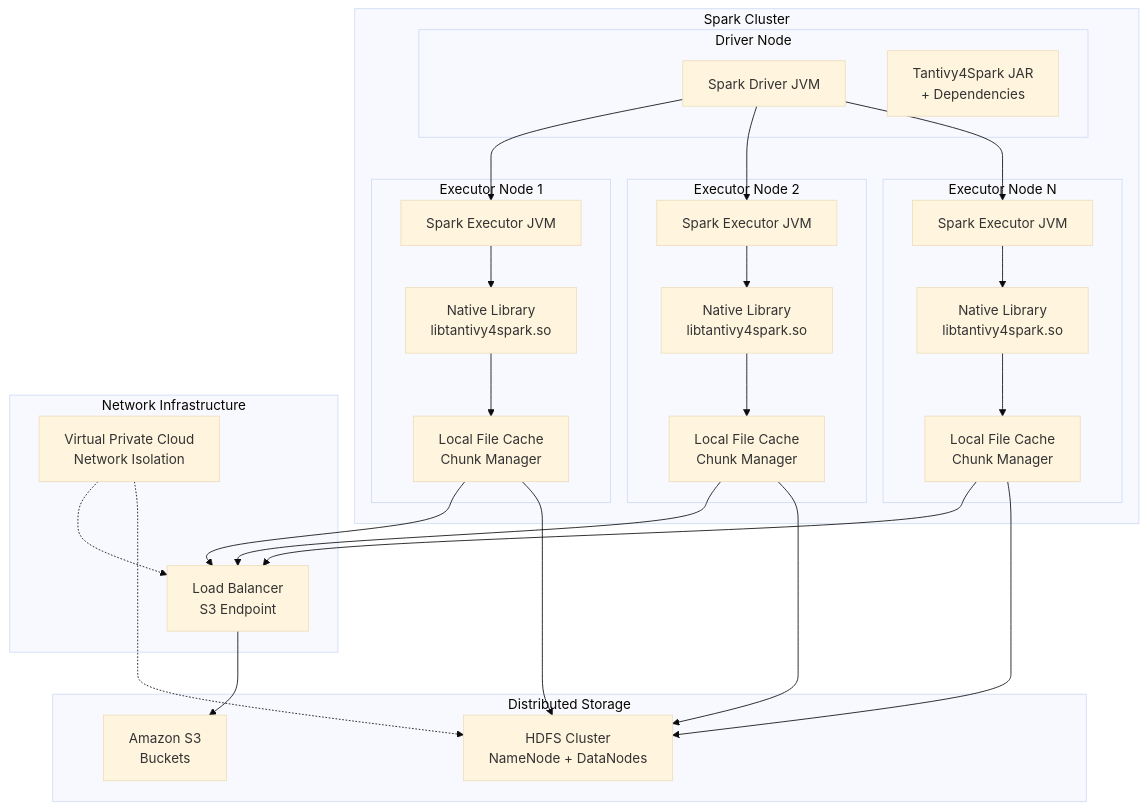
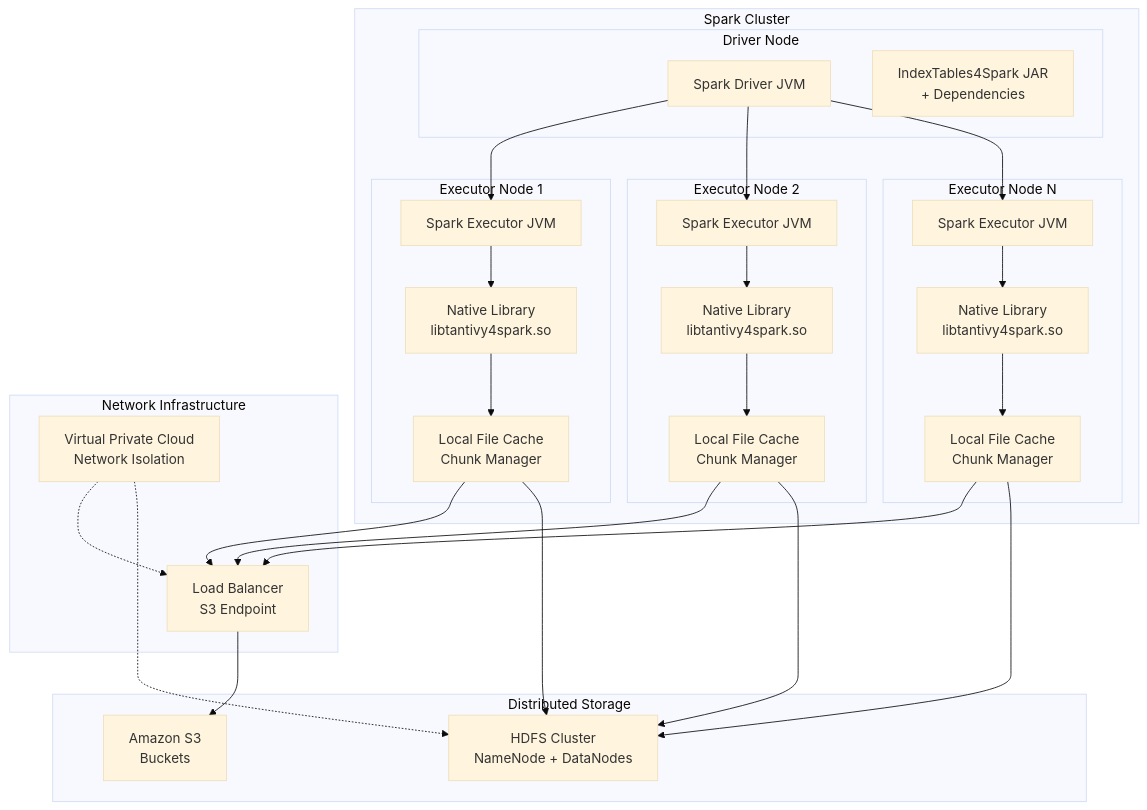
Diagram 11 of 13 in docs/UML_DIAGRAMS.md (indextables/indextables_spark), drawn with Mermaid (base theme) before and after one commit. The commit also changed other lines of this file and 10 other files, not shown here.

````diff
--- a/docs/UML_DIAGRAMS.md
+++ b/docs/UML_DIAGRAMS.md
@@ -739,62 +739,62 @@
 ```mermaid
 graph TB
     subgraph "Spark Cluster"
         subgraph "Driver Node"
             Driver[Spark Driver JVM]
-            DriverLibs[Tantivy4Spark JAR<br/>+ Dependencies]
+            DriverLibs[IndexTables4Spark JAR<br/>+ Dependencies]
         end
         
         subgraph "Executor Node 1"
             Executor1[Spark Executor JVM]
             Native1[Native Library<br/>libtantivy4spark.so]
             Cache1[Local File Cache<br/>Chunk Manager]
         end
         
         subgraph "Executor Node 2"
             Executor2[Spark Executor JVM]
             Native2[Native Library<br/>libtantivy4spark.so]
             Cache2[Local File Cache<br/>Chunk Manager]
         end
         
         subgraph "Executor Node N"
             ExecutorN[Spark Executor JVM]
             NativeN[Native Library<br/>libtantivy4spark.so]
             CacheN[Local File Cache<br/>Chunk Manager]
         end
     end
 
     subgraph "Distributed Storage"
         S3[Amazon S3<br/>Buckets]
         HDFS[HDFS Cluster<br/>NameNode + DataNodes]
     end
 
     subgraph "Network Infrastructure"
         LoadBalancer[Load Balancer<br/>S3 Endpoint]
         VPC[Virtual Private Cloud<br/>Network Isolation]
     end
 
     Driver --> Executor1
     Driver --> Executor2
     Driver --> ExecutorN
 
     Executor1 --> Native1
     Executor2 --> Native2
     ExecutorN --> NativeN
 
     Native1 --> Cache1
     Native2 --> Cache2
     NativeN --> CacheN
 
     Cache1 --> LoadBalancer
     Cache2 --> LoadBalancer
     CacheN --> LoadBalancer
 
     Cache1 --> HDFS
     Cache2 --> HDFS
     CacheN --> HDFS
 
     LoadBalancer --> S3
     
     VPC -.-> LoadBalancer
     VPC -.-> HDFS
 ```
````
